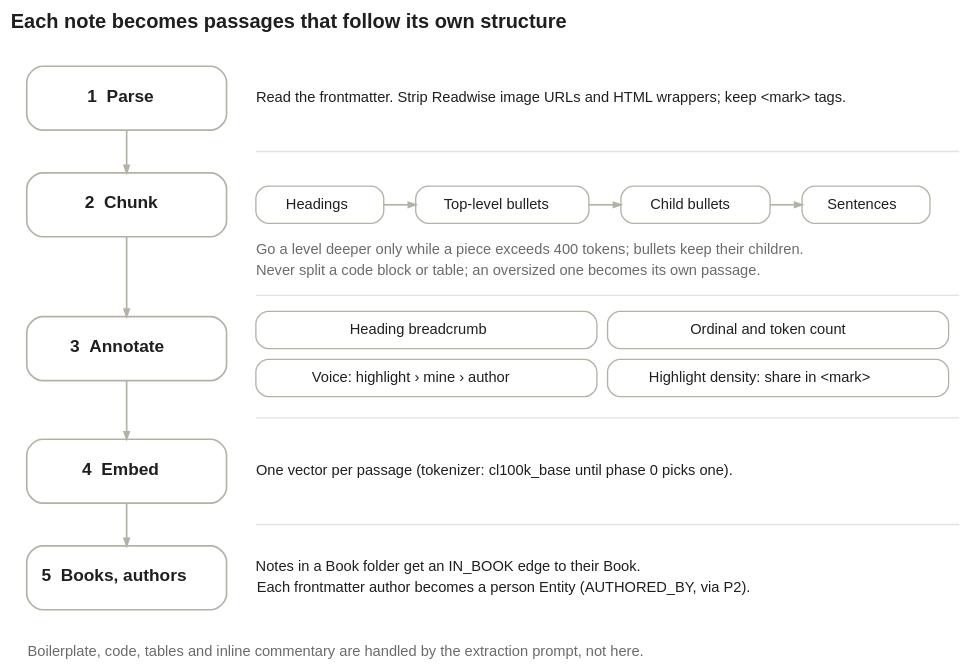
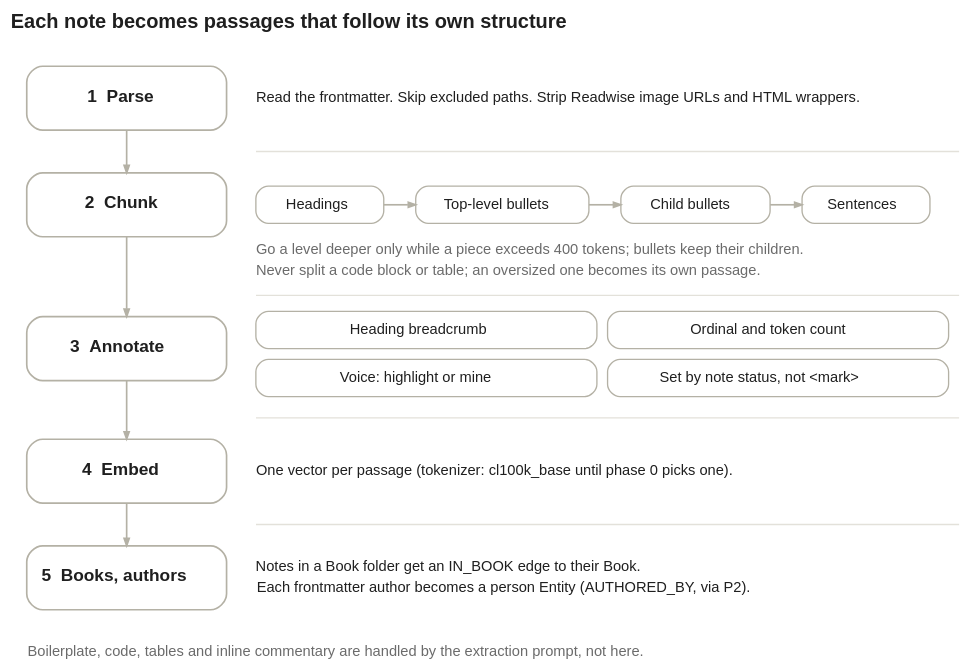
Before and after one commit to domnasrabadi/Knowledge-Vault: the third of 8 diagrams in 50 Graph/01 GraphRAG - Design Spec.md, drawn with Graphviz. The commit also changed other lines of this file and 1 other file, not shown here.

````diff
--- a/50 Graph/01 GraphRAG - Design Spec.md
+++ b/50 Graph/01 GraphRAG - Design Spec.md
@@ -308,76 +308,76 @@
 ```dot
 digraph "preprocessing" {
   layout=neato; inputscale=72; notranslate=true; overlap=true; splines=line;
   outputorder=nodesfirst; bgcolor=transparent; pad=0.1;
   node [fontname="Helvetica"]; edge [arrowhead=none];
   t1 [shape=none margin=0 width=8.3889 height=0.3889 fixedsize=true label=<<TABLE BORDER="0" CELLPADDING="0" CELLSPACING="0"><TR><TD FIXEDSIZE="TRUE" WIDTH="600" HEIGHT="24" ALIGN="LEFT"><FONT FACE="Helvetica" POINT-SIZE="15" COLOR="#1f1f1f"><B>Each note becomes passages that follow its own structure</B></FONT></TD></TR></TABLE>> pos="324.0,494.9!"];
   p2 [shape=point width=0.001 height=0.001 style=invis pos="208.0,400.0!"];
   p3 [shape=point width=0.001 height=0.001 style=invis pos="736.0,400.0!"];
   p4 [shape=point width=0.001 height=0.001 style=invis pos="208.0,292.0!"];
   p5 [shape=point width=0.001 height=0.001 style=invis pos="736.0,292.0!"];
   p6 [shape=point width=0.001 height=0.001 style=invis pos="208.0,200.0!"];
   p7 [shape=point width=0.001 height=0.001 style=invis pos="736.0,200.0!"];
   p8 [shape=point width=0.001 height=0.001 style=invis pos="208.0,120.0!"];
   p9 [shape=point width=0.001 height=0.001 style=invis pos="736.0,120.0!"];
   b10 [shape=box style="rounded" fillcolor="white" color="#b4b1a5" penwidth=1.25 width=2.0833 height=0.6667 fixedsize=true label="" pos="111.0,440.0!"];
   b11 [shape=box style="rounded" fillcolor="white" color="#b4b1a5" penwidth=1.25 width=2.0833 height=0.6667 fixedsize=true label="" pos="111.0,360.0!"];
   b12 [shape=box style="rounded" fillcolor="white" color="#b4b1a5" penwidth=1.25 width=2.0833 height=0.6667 fixedsize=true label="" pos="111.0,252.0!"];
   b13 [shape=box style="rounded" fillcolor="white" color="#b4b1a5" penwidth=1.25 width=2.0833 height=0.6667 fixedsize=true label="" pos="111.0,160.0!"];
   b14 [shape=box style="rounded" fillcolor="white" color="#b4b1a5" penwidth=1.25 width=2.0833 height=0.6667 fixedsize=true label="" pos="111.0,80.0!"];
   b15 [shape=box style="rounded" fillcolor="white" color="#b4b1a5" penwidth=1 width=1.3333 height=0.3889 fixedsize=true label="" pos="256.0,360.0!"];
   b16 [shape=box style="rounded" fillcolor="white" color="#b4b1a5" penwidth=1 width=1.8056 height=0.3889 fixedsize=true label="" pos="393.0,360.0!"];
   b17 [shape=box style="rounded" fillcolor="white" color="#b4b1a5" penwidth=1 width=1.5556 height=0.3889 fixedsize=true label="" pos="538.0,360.0!"];
   b18 [shape=box style="rounded" fillcolor="white" color="#b4b1a5" penwidth=1 width=1.3333 height=0.3889 fixedsize=true label="" pos="666.0,360.0!"];
   b19 [shape=box style="rounded" fillcolor="white" color="#b4b1a5" penwidth=1 width=3.5556 height=0.3889 fixedsize=true label="" pos="336.0,266.0!"];
   b20 [shape=box style="rounded" fillcolor="white" color="#b4b1a5" penwidth=1 width=3.5556 height=0.3889 fixedsize=true label="" pos="600.0,266.0!"];
   b21 [shape=box style="rounded" fillcolor="white" color="#b4b1a5" penwidth=1 width=3.5556 height=0.3889 fixedsize=true label="" pos="336.0,230.0!"];
   b22 [shape=box style="rounded" fillcolor="white" color="#b4b1a5" penwidth=1 width=3.5556 height=0.3889 fixedsize=true label="" pos="600.0,230.0!"];
   p23 [shape=point width=0.001 height=0.001 style=invis pos="111.0,416.0!"];
   p24 [shape=point width=0.001 height=0.001 style=invis pos="111.0,384.0!"];
   p25 [shape=point width=0.001 height=0.001 style=invis pos="111.0,336.0!"];
   p26 [shape=point width=0.001 height=0.001 style=invis pos="111.0,276.0!"];
   p27 [shape=point width=0.001 height=0.001 style=invis pos="111.0,228.0!"];
   p28 [shape=point width=0.001 height=0.001 style=invis pos="111.0,184.0!"];
   p29 [shape=point width=0.001 height=0.001 style=invis pos="111.0,136.0!"];
   p30 [shape=point width=0.001 height=0.001 style=invis pos="111.0,104.0!"];
   p31 [shape=point width=0.001 height=0.001 style=invis pos="304.0,360.0!"];
   p32 [shape=point width=0.001 height=0.001 style=invis pos="328.0,360.0!"];
   p33 [shape=point width=0.001 height=0.001 style=invis pos="458.0,360.0!"];
   p34 [shape=point width=0.001 height=0.001 style=invis pos="482.0,360.0!"];
   p35 [shape=point width=0.001 height=0.001 style=invis pos="594.0,360.0!"];
   p36 [shape=point width=0.001 height=0.001 style=invis pos="618.0,360.0!"];
   t37 [shape=none margin=0 width=1.2333 height=0.3444 fixedsize=true label=<<TABLE BORDER="0" CELLPADDING="0" CELLSPACING="0"><TR><TD FIXEDSIZE="TRUE" WIDTH="85" HEIGHT="21" ALIGN="CENTER"><FONT FACE="Helvetica" POINT-SIZE="13" COLOR="#1f1f1f"><B>1  Parse</B></FONT></TD></TR></TABLE>> pos="111.0,440.3!"];
-  t38 [shape=none margin=0 width=7.6944 height=0.3111 fixedsize=true label=<<TABLE BORDER="0" CELLPADDING="0" CELLSPACING="0"><TR><TD FIXEDSIZE="TRUE" WIDTH="550" HEIGHT="18" ALIGN="LEFT"><FONT FACE="Helvetica" POINT-SIZE="11.5" COLOR="#1f1f1f">Read the frontmatter. Strip Readwise image URLs and HTML wrappers; keep &lt;mark&gt; tags.</FONT></TD></TR></TABLE>> pos="483.0,439.8!"];
+  t38 [shape=none margin=0 width=7.6944 height=0.3111 fixedsize=true label=<<TABLE BORDER="0" CELLPADDING="0" CELLSPACING="0"><TR><TD FIXEDSIZE="TRUE" WIDTH="550" HEIGHT="18" ALIGN="LEFT"><FONT FACE="Helvetica" POINT-SIZE="11.5" COLOR="#1f1f1f">Read the frontmatter. Skip excluded paths. Strip Readwise image URLs and HTML wrappers.</FONT></TD></TR></TABLE>> pos="483.0,439.8!"];
   t39 [shape=none margin=0 width=1.2333 height=0.3444 fixedsize=true label=<<TABLE BORDER="0" CELLPADDING="0" CELLSPACING="0"><TR><TD FIXEDSIZE="TRUE" WIDTH="85" HEIGHT="21" ALIGN="CENTER"><FONT FACE="Helvetica" POINT-SIZE="13" COLOR="#1f1f1f"><B>2  Chunk</B></FONT></TD></TR></TABLE>> pos="111.0,360.3!"];
   t40 [shape=none margin=0 width=1.0400 height=0.3111 fixedsize=true label=<<TABLE BORDER="0" CELLPADDING="0" CELLSPACING="0"><TR><TD FIXEDSIZE="TRUE" WIDTH="71" HEIGHT="18" ALIGN="CENTER"><FONT FACE="Helvetica" POINT-SIZE="11.5" COLOR="#1f1f1f">Headings</FONT></TD></TR></TABLE>> pos="256.0,359.8!"];
   t41 [shape=none margin=0 width=1.9600 height=0.3111 fixedsize=true label=<<TABLE BORDER="0" CELLPADDING="0" CELLSPACING="0"><TR><TD FIXEDSIZE="TRUE" WIDTH="137" HEIGHT="18" ALIGN="CENTER"><FONT FACE="Helvetica" POINT-SIZE="11.5" COLOR="#1f1f1f">Top-level bullets</FONT></TD></TR></TABLE>> pos="393.0,359.8!"];
   t42 [shape=none margin=0 width=1.5511 height=0.3111 fixedsize=true label=<<TABLE BORDER="0" CELLPADDING="0" CELLSPACING="0"><TR><TD FIXEDSIZE="TRUE" WIDTH="108" HEIGHT="18" ALIGN="CENTER"><FONT FACE="Helvetica" POINT-SIZE="11.5" COLOR="#1f1f1f">Child bullets</FONT></TD></TR></TABLE>> pos="538.0,359.8!"];
   t43 [shape=none margin=0 width=1.1422 height=0.3111 fixedsize=true label=<<TABLE BORDER="0" CELLPADDING="0" CELLSPACING="0"><TR><TD FIXEDSIZE="TRUE" WIDTH="78" HEIGHT="18" ALIGN="CENTER"><FONT FACE="Helvetica" POINT-SIZE="11.5" COLOR="#1f1f1f">Sentences</FONT></TD></TR></TABLE>> pos="666.0,359.8!"];
   t44 [shape=none margin=0 width=7.6944 height=0.3111 fixedsize=true label=<<TABLE BORDER="0" CELLPADDING="0" CELLSPACING="0"><TR><TD FIXEDSIZE="TRUE" WIDTH="550" HEIGHT="18" ALIGN="LEFT"><FONT FACE="Helvetica" POINT-SIZE="11.5" COLOR="#6b6b6b">Go a level deeper only while a piece exceeds 400 tokens; bullets keep their children.</FONT></TD></TR></TABLE>> pos="483.0,325.8!"];
   t45 [shape=none margin=0 width=7.6944 height=0.3111 fixedsize=true label=<<TABLE BORDER="0" CELLPADDING="0" CELLSPACING="0"><TR><TD FIXEDSIZE="TRUE" WIDTH="550" HEIGHT="18" ALIGN="LEFT"><FONT FACE="Helvetica" POINT-SIZE="11.5" COLOR="#6b6b6b">Never split a code block or table; an oversized one becomes its own passage.</FONT></TD></TR></TABLE>> pos="483.0,309.8!"];
   t46 [shape=none margin=0 width=1.6125 height=0.3444 fixedsize=true label=<<TABLE BORDER="0" CELLPADDING="0" CELLSPACING="0"><TR><TD FIXEDSIZE="TRUE" WIDTH="112" HEIGHT="21" ALIGN="CENTER"><FONT FACE="Helvetica" POINT-SIZE="13" COLOR="#1f1f1f"><B>3  Annotate</B></FONT></TD></TR></TABLE>> pos="111.0,252.3!"];
   t47 [shape=none margin=0 width=2.0622 height=0.3111 fixedsize=true label=<<TABLE BORDER="0" CELLPADDING="0" CELLSPACING="0"><TR><TD FIXEDSIZE="TRUE" WIDTH="144" HEIGHT="18" ALIGN="CENTER"><FONT FACE="Helvetica" POINT-SIZE="11.5" COLOR="#1f1f1f">Heading breadcrumb</FONT></TD></TR></TABLE>> pos="336.0,265.8!"];
   t48 [shape=none margin=0 width=2.5733 height=0.3111 fixedsize=true label=<<TABLE BORDER="0" CELLPADDING="0" CELLSPACING="0"><TR><TD FIXEDSIZE="TRUE" WIDTH="181" HEIGHT="18" ALIGN="CENTER"><FONT FACE="Helvetica" POINT-SIZE="11.5" COLOR="#1f1f1f">Ordinal and token count</FONT></TD></TR></TABLE>> pos="600.0,265.8!"];
-  t49 [shape=none margin=0 width=3.4933 height=0.3111 fixedsize=true label=<<TABLE BORDER="0" CELLPADDING="0" CELLSPACING="0"><TR><TD FIXEDSIZE="TRUE" WIDTH="248" HEIGHT="18" ALIGN="CENTER"><FONT FACE="Helvetica" POINT-SIZE="11.5" COLOR="#1f1f1f">Voice: highlight › mine › author</FONT></TD></TR></TABLE>> pos="336.0,229.8!"];
-  t50 [shape=none margin=0 width=3.6978 height=0.3111 fixedsize=true label=<<TABLE BORDER="0" CELLPADDING="0" CELLSPACING="0"><TR><TD FIXEDSIZE="TRUE" WIDTH="262" HEIGHT="18" ALIGN="CENTER"><FONT FACE="Helvetica" POINT-SIZE="11.5" COLOR="#1f1f1f">Highlight density: share in &lt;mark&gt;</FONT></TD></TR></TABLE>> pos="600.0,229.8!"];
+  t49 [shape=none margin=0 width=3.4933 height=0.3111 fixedsize=true label=<<TABLE BORDER="0" CELLPADDING="0" CELLSPACING="0"><TR><TD FIXEDSIZE="TRUE" WIDTH="248" HEIGHT="18" ALIGN="CENTER"><FONT FACE="Helvetica" POINT-SIZE="11.5" COLOR="#1f1f1f">Voice: highlight or mine</FONT></TD></TR></TABLE>> pos="336.0,229.8!"];
+  t50 [shape=none margin=0 width=3.6978 height=0.3111 fixedsize=true label=<<TABLE BORDER="0" CELLPADDING="0" CELLSPACING="0"><TR><TD FIXEDSIZE="TRUE" WIDTH="262" HEIGHT="18" ALIGN="CENTER"><FONT FACE="Helvetica" POINT-SIZE="11.5" COLOR="#1f1f1f">Set by note status, not &lt;mark&gt;</FONT></TD></TR></TABLE>> pos="600.0,229.8!"];
   t51 [shape=none margin=0 width=1.2333 height=0.3444 fixedsize=true label=<<TABLE BORDER="0" CELLPADDING="0" CELLSPACING="0"><TR><TD FIXEDSIZE="TRUE" WIDTH="85" HEIGHT="21" ALIGN="CENTER"><FONT FACE="Helvetica" POINT-SIZE="13" COLOR="#1f1f1f"><B>4  Embed</B></FONT></TD></TR></TABLE>> pos="111.0,160.3!"];
   t52 [shape=none margin=0 width=7.5822 height=0.3111 fixedsize=true label=<<TABLE BORDER="0" CELLPADDING="0" CELLSPACING="0"><TR><TD FIXEDSIZE="TRUE" WIDTH="542" HEIGHT="18" ALIGN="LEFT"><FONT FACE="Helvetica" POINT-SIZE="11.5" COLOR="#1f1f1f">One vector per passage (tokenizer: cl100k_base until phase 0 picks one).</FONT></TD></TR></TABLE>> pos="479.0,159.8!"];
   t53 [shape=none margin=0 width=2.3708 height=0.3444 fixedsize=true label=<<TABLE BORDER="0" CELLPADDING="0" CELLSPACING="0"><TR><TD FIXEDSIZE="TRUE" WIDTH="167" HEIGHT="21" ALIGN="CENTER"><FONT FACE="Helvetica" POINT-SIZE="13" COLOR="#1f1f1f"><B>5  Books, authors</B></FONT></TD></TR></TABLE>> pos="111.0,80.3!"];
   t54 [shape=none margin=0 width=6.0489 height=0.3111 fixedsize=true label=<<TABLE BORDER="0" CELLPADDING="0" CELLSPACING="0"><TR><TD FIXEDSIZE="TRUE" WIDTH="432" HEIGHT="18" ALIGN="LEFT"><FONT FACE="Helvetica" POINT-SIZE="11.5" COLOR="#1f1f1f">Notes in a Book folder get an IN_BOOK edge to their Book.</FONT></TD></TR></TABLE>> pos="423.8,87.8!"];
   t55 [shape=none margin=0 width=7.3778 height=0.3111 fixedsize=true label=<<TABLE BORDER="0" CELLPADDING="0" CELLSPACING="0"><TR><TD FIXEDSIZE="TRUE" WIDTH="527" HEIGHT="18" ALIGN="LEFT"><FONT FACE="Helvetica" POINT-SIZE="11.5" COLOR="#1f1f1f">Each frontmatter author becomes a person Entity (AUTHORED_BY, via P2).</FONT></TD></TR></TABLE>> pos="471.6,71.8!"];
   t56 [shape=none margin=0 width=9.9333 height=0.3111 fixedsize=true label=<<TABLE BORDER="0" CELLPADDING="0" CELLSPACING="0"><TR><TD FIXEDSIZE="TRUE" WIDTH="711" HEIGHT="18" ALIGN="LEFT"><FONT FACE="Helvetica" POINT-SIZE="11.5" COLOR="#6b6b6b">Boilerplate, code, tables and inline commentary are handled by the extraction prompt, not here.</FONT></TD></TR></TABLE>> pos="391.6,23.8!"];
   p57 [shape=point width=0.001 height=0.001 style=invis pos="0.0,520.0!"];
   p58 [shape=point width=0.001 height=0.001 style=invis pos="760.0,0.0!"];
   p2 -> p3 [dir=none color="#e3e1da" penwidth=1];
   p4 -> p5 [dir=none color="#e3e1da" penwidth=1];
   p6 -> p7 [dir=none color="#e3e1da" penwidth=1];
   p8 -> p9 [dir=none color="#e3e1da" penwidth=1];
   p23 -> p24 [dir=forward arrowhead=normal arrowsize=0.55 color="#b4b1a5" penwidth=1.25];
   p25 -> p26 [dir=forward arrowhead=normal arrowsize=0.55 color="#b4b1a5" penwidth=1.25];
   p27 -> p28 [dir=forward arrowhead=normal arrowsize=0.55 color="#b4b1a5" penwidth=1.25];
   p29 -> p30 [dir=forward arrowhead=normal arrowsize=0.55 color="#b4b1a5" penwidth=1.25];
   p31 -> p32 [dir=forward arrowhead=normal arrowsize=0.55 color="#b4b1a5" penwidth=1.25];
   p33 -> p34 [dir=forward arrowhead=normal arrowsize=0.55 color="#b4b1a5" penwidth=1.25];
   p35 -> p36 [dir=forward arrowhead=normal arrowsize=0.55 color="#b4b1a5" penwidth=1.25];
 }
 ```
````
